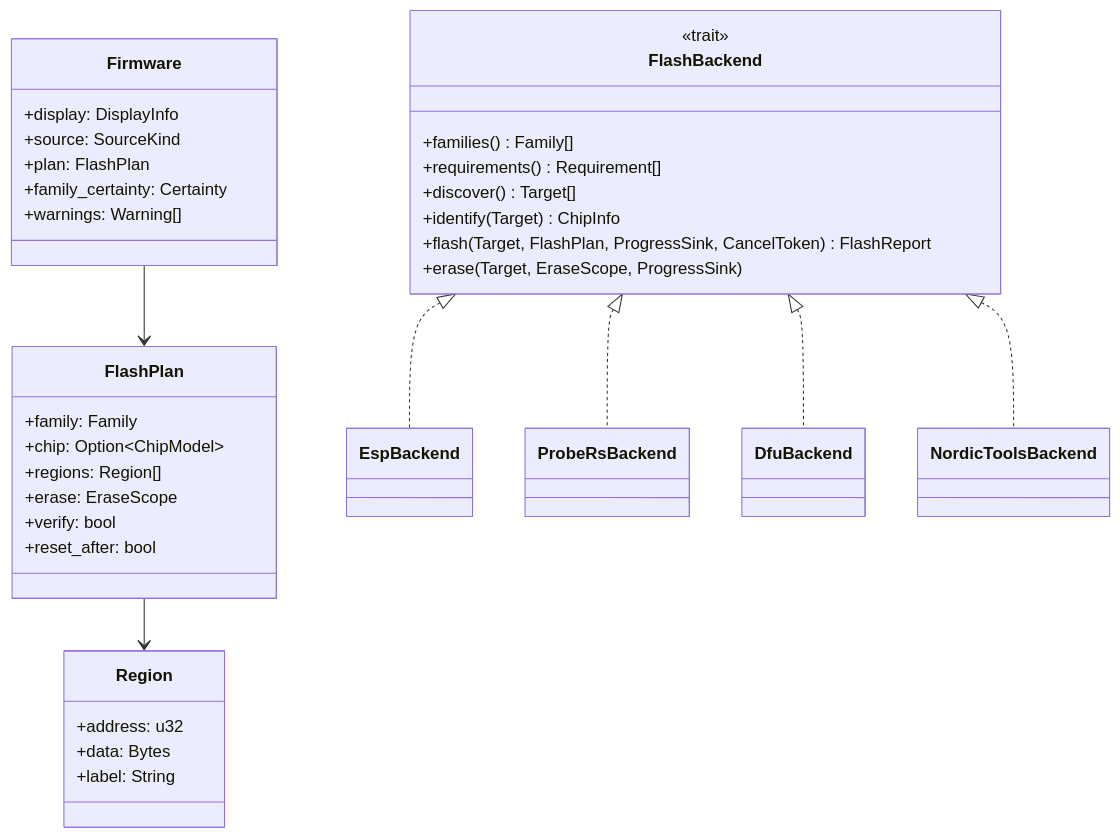
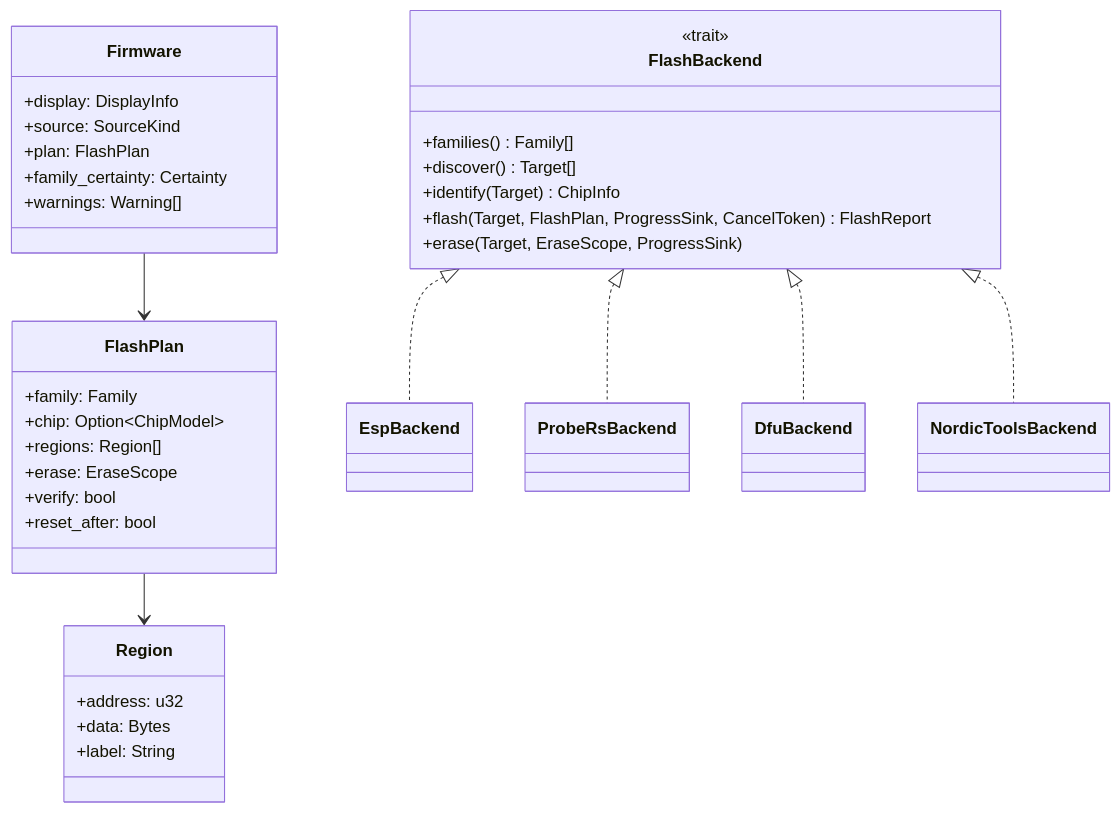
Before and after one commit to loutrx/chip-flashr: the second of 5 diagrams in docs/architecture.md, drawn with Mermaid. The commit also changed other lines of this file and 3 other files, not shown here.

````diff
--- a/docs/architecture.md
+++ b/docs/architecture.md
@@ -119,38 +117,37 @@
 ```mermaid
 classDiagram
     class FlashBackend {
         <<trait>>
         +families() Family[]
-        +requirements() Requirement[]
         +discover() Target[]
         +identify(Target) ChipInfo
         +flash(Target, FlashPlan, ProgressSink, CancelToken) FlashReport
         +erase(Target, EraseScope, ProgressSink)
     }
     class FlashPlan {
         +family: Family
         +chip: Option~ChipModel~
         +regions: Region[]
         +erase: EraseScope
         +verify: bool
         +reset_after: bool
     }
     class Region {
         +address: u32
         +data: Bytes
         +label: String
     }
     class Firmware {
         +display: DisplayInfo
         +source: SourceKind
         +plan: FlashPlan
         +family_certainty: Certainty
         +warnings: Warning[]
     }
     FlashBackend <|.. EspBackend
     FlashBackend <|.. ProbeRsBackend
     FlashBackend <|.. DfuBackend
     FlashBackend <|.. NordicToolsBackend
     Firmware --> FlashPlan
     FlashPlan --> Region
 ```
````
